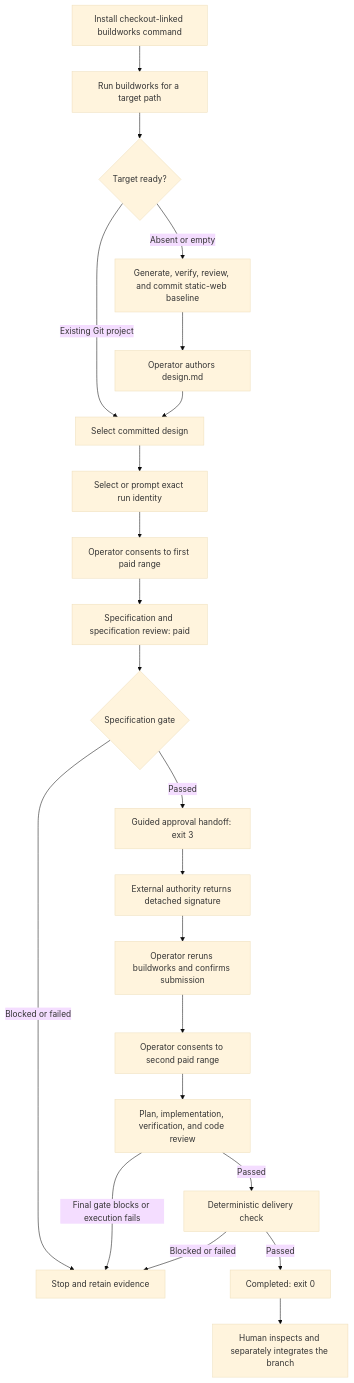
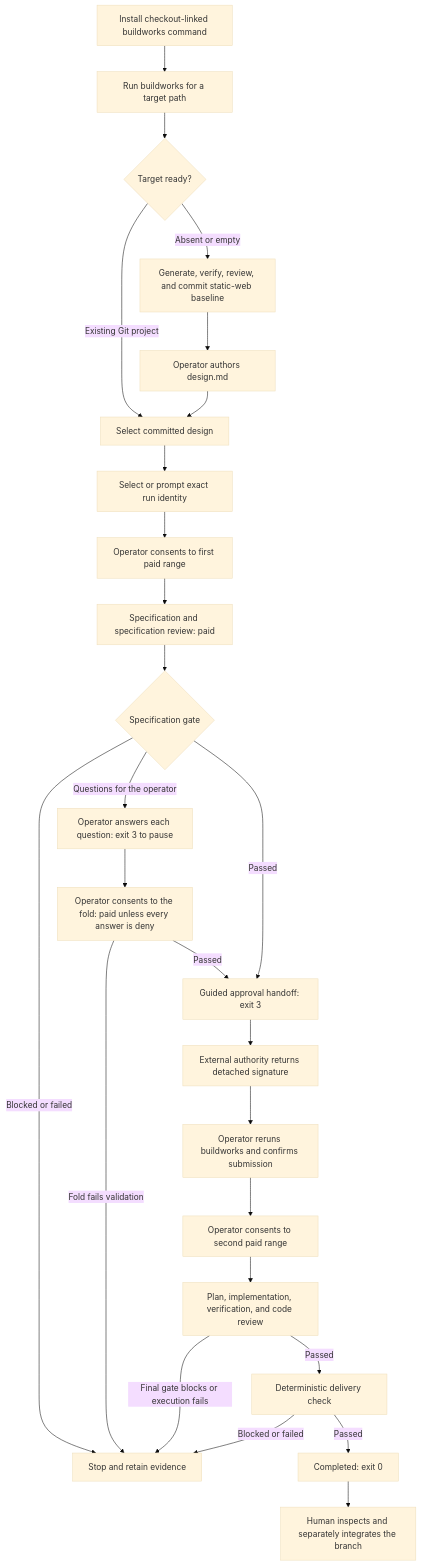
One commit to ShawnTamez8/governed-delivery changed the diagram in docs/runbooks/cli-operator.md. Above: the diagram before and after it, drawn with Mermaid (base theme). The commit also changed other lines of this file and 53 other files, not shown here.

````diff
--- a/docs/runbooks/cli-operator.md
+++ b/docs/runbooks/cli-operator.md
@@ -22,24 +22,28 @@
 ```mermaid
 flowchart TD
     A[Install checkout-linked buildworks command] --> B[Run buildworks for a target path]
     B --> C{Target ready?}
     C -->|Absent or empty| D[Generate, verify, review, and commit static-web baseline]
     C -->|Existing Git project| E[Select committed design]
     D --> F[Operator authors design.md]
     F --> E
     E --> G[Select or prompt exact run identity]
     G --> H[Operator consents to first paid range]
     H --> I[Specification and specification review: paid]
     I --> J{Specification gate}
     J -->|Blocked or failed| X[Stop and retain evidence]
+    J -->|Questions for the operator| D1[Operator answers each question: exit 3 to pause]
+    D1 --> D2[Operator consents to the fold: paid unless every answer is deny]
+    D2 -->|Fold fails validation| X
+    D2 -->|Passed| K
     J -->|Passed| K[Guided approval handoff: exit 3]
     K --> L[External authority returns detached signature]
     L --> M[Operator reruns buildworks and confirms submission]
     M --> N[Operator consents to second paid range]
     N --> O[Plan, implementation, verification, and code review]
     O -->|Final gate blocks or execution fails| X
     O -->|Passed| P[Deterministic delivery check]
     P -->|Passed| Q[Completed: exit 0]
     P -->|Blocked or failed| X
     Q --> R[Human inspects and separately integrates the branch]
 ```
````
